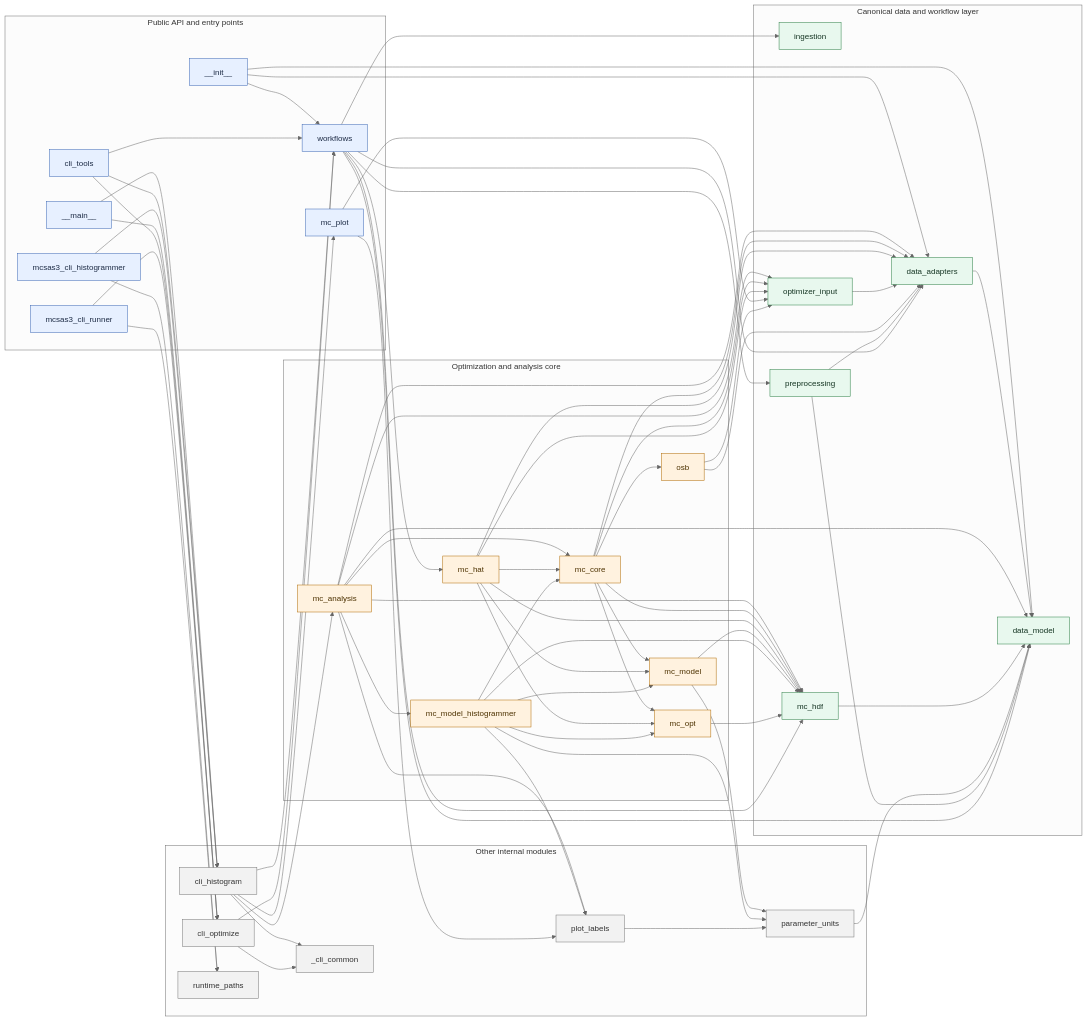
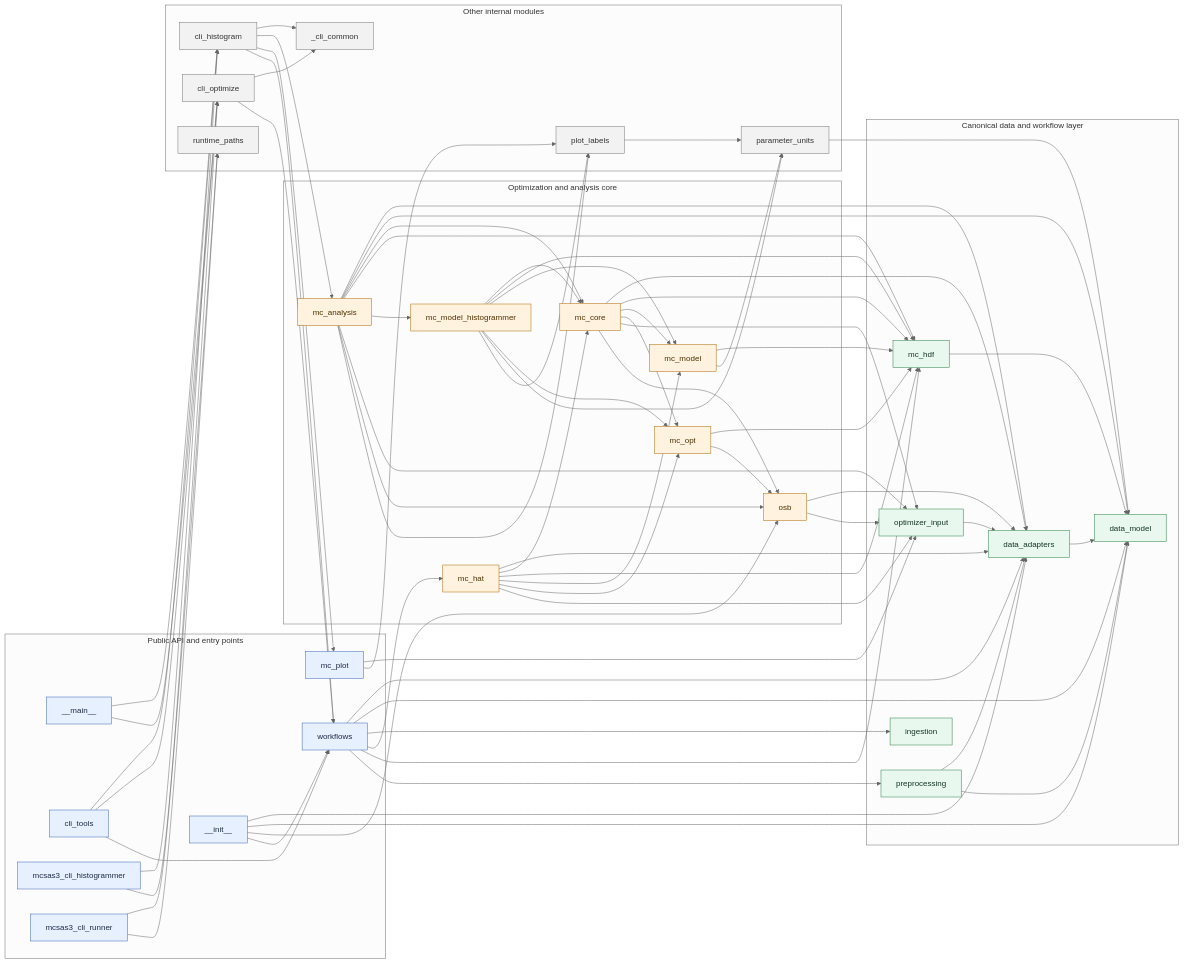
Before and after one commit to BAMresearch/McSAS3: the diagram in design_documentation/generated_module_dependencies.md, drawn with Mermaid (neutral theme). The commit also changed other lines of this file and 13 other files, not shown here.

```diff
--- a/design_documentation/generated_module_dependencies.md
+++ b/design_documentation/generated_module_dependencies.md
@@ -44,6 +44,7 @@
   end
   module___init__ --> module_data_adapters
   module___init__ --> module_data_model
+  module___init__ --> module_osb
   module___init__ --> module_workflows
   module___main__ --> module_cli_histogram
   module___main__ --> module_cli_optimize
@@ -63,6 +64,7 @@
   module_mc_analysis --> module_mc_hdf
   module_mc_analysis --> module_mc_model_histogrammer
   module_mc_analysis --> module_optimizer_input
+  module_mc_analysis --> module_osb
   module_mc_analysis --> module_plot_labels
   module_mc_core --> module_data_adapters
   module_mc_core --> module_mc_hdf
@@ -86,6 +88,7 @@
   module_mc_model_histogrammer --> module_parameter_units
   module_mc_model_histogrammer --> module_plot_labels
   module_mc_opt --> module_mc_hdf
+  module_mc_opt --> module_osb
   module_mc_plot --> module_optimizer_input
   module_mc_plot --> module_plot_labels
   module_mcsas3_cli_histogrammer --> module_cli_histogram
```
